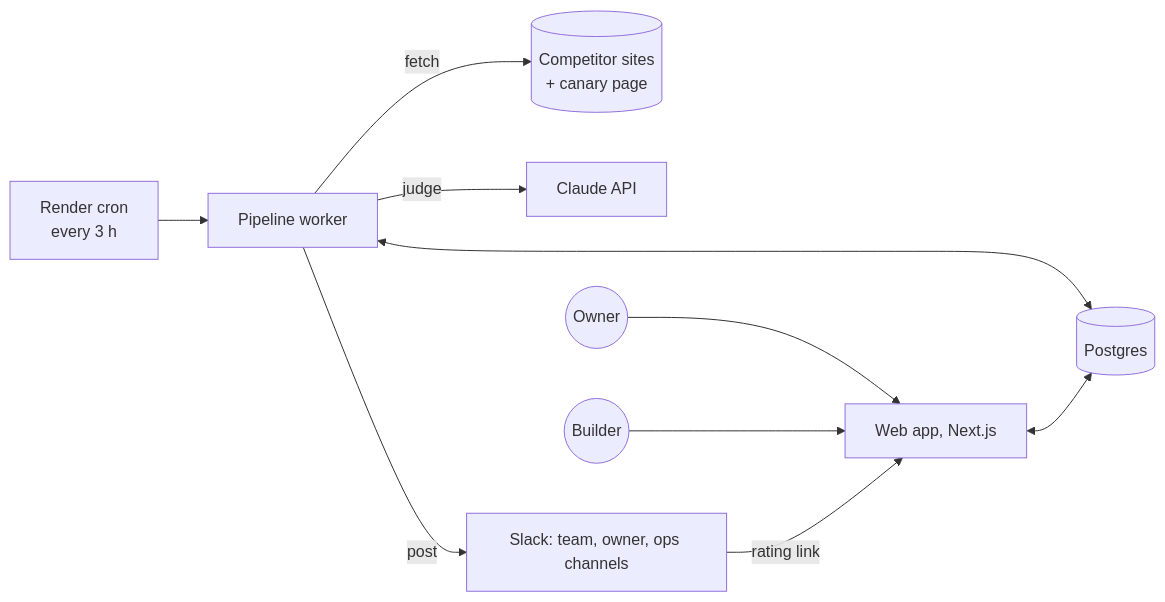
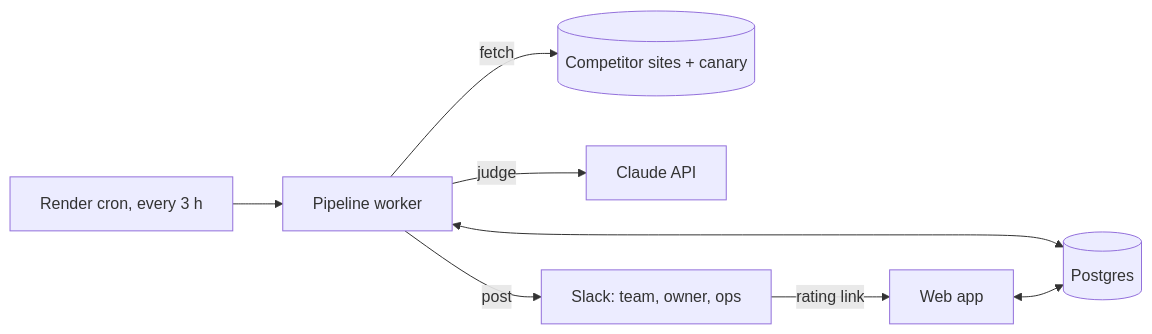
The diagram in docs/design.md (bermanguy/noma-competitor-monitor), drawn with Mermaid before and after one commit. The commit also changed other lines of this file and 2 other files, not shown here.

First line of the commit message:
Design doc: 2-to-3-page version as the main doc, full version kept

````diff
--- a/docs/design.md
+++ b/docs/design.md
@@ -13,12 +11,10 @@
 ```mermaid
 flowchart LR
-  CRON[Render cron<br/>every 3 h] --> W[Pipeline worker]
-  W -->|fetch| SITES[(Competitor sites<br/>+ canary page)]
+  CRON[Render cron, every 3 h] --> W[Pipeline worker]
+  W -->|fetch| SITES[(Competitor sites + canary)]
   W -->|judge| CLAUDE[Claude API]
-  W -->|post| SLACK[Slack: team, owner, ops channels]
+  W -->|post| SLACK[Slack: team, owner, ops]
   W <--> DB[(Postgres)]
-  WEB[Web app, Next.js] <--> DB
-  OWNER((Owner)) --> WEB
-  BUILDER((Builder)) --> WEB
+  WEB[Web app] <--> DB
   SLACK -->|rating link| WEB
 ```
````
